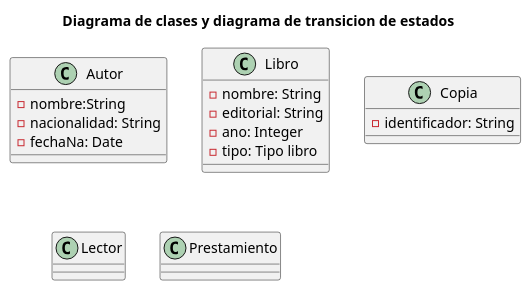
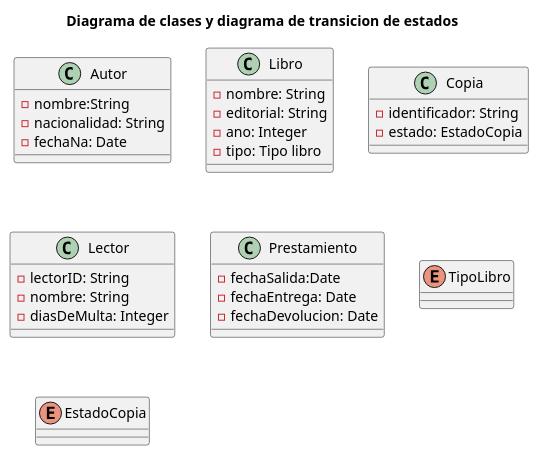
Before and after one commit to Atzlares/DiagramasUML: the diagram in EjerciciosUML/EjerciciosUML/src/plantUMLDiagramas/Ejercicio3.puml, drawn with PlantUML.

```diff
--- a/EjerciciosUML/EjerciciosUML/src/plantUMLDiagramas/Ejercicio3.puml
+++ b/EjerciciosUML/EjerciciosUML/src/plantUMLDiagramas/Ejercicio3.puml
@@ -1,30 +1,43 @@
 @startuml
 title Diagrama de clases y diagrama de transicion de estados
 
 
 class Autor{
 -nombre:String
 -nacionalidad: String
 -fechaNa: Date
 }
 
 class Libro{
 -nombre: String
 -editorial: String
 -ano: Integer
 -tipo: Tipo libro
 
 }
 
 class Copia{
 -identificador: String
+-estado: EstadoCopia
 }
 
 class Lector{
+-lectorID: String
+-nombre: String
+-diasDeMulta: Integer
 }
 
 class Prestamiento{
+-fechaSalida:Date
+-fechaEntrega: Date
+-fechaDevolucion: Date
+}
+
+enum TipoLibro{
+}
+
+enum EstadoCopia{
 }
 
 
 @enduml
```
